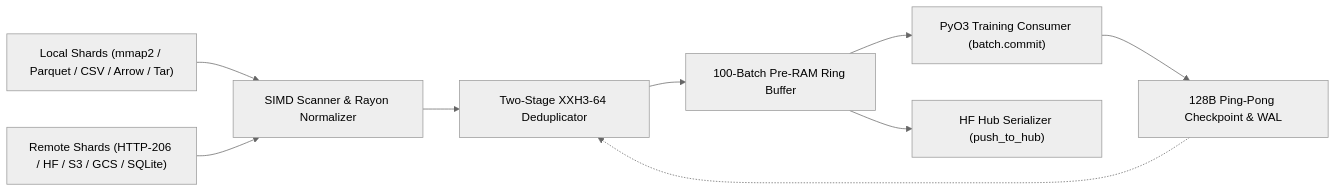
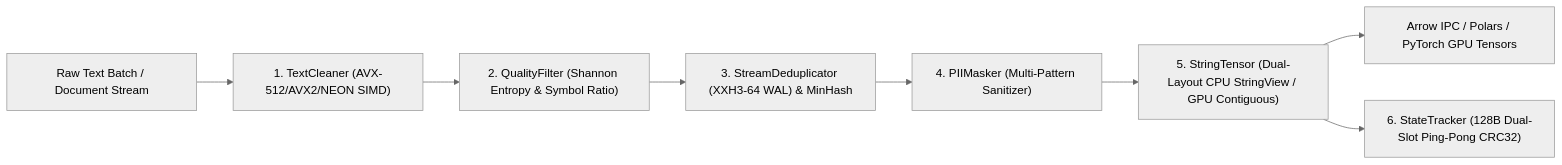
The second of 2 diagrams in docs/en/04_architecture_and_hardware.md (cloverx-id/luminamoon), drawn with Mermaid (neutral theme) before and after one commit. The commit also changed other lines of this file and 18 other files, not shown here.

Commit message:
docs: synchronize documentation and guides with v1.0.2.post2 architecture

````diff
--- a/docs/en/04_architecture_and_hardware.md
+++ b/docs/en/04_architecture_and_hardware.md
@@ -34,11 +34,10 @@
 ```mermaid
 flowchart LR
-    Local["Local Shards (mmap2 / Parquet / CSV / Arrow / Tar)"] --> SIMD["SIMD Scanner & Rayon Normalizer"]
-    Remote["Remote Shards (HTTP-206 / HF / S3 / GCS / SQLite)"] --> SIMD
-    SIMD --> Dedup["Two-Stage XXH3-64 Deduplicator"]
-    Dedup --> PreRam["100-Batch Pre-RAM Ring Buffer"]
-    PreRam --> TrainLoop["PyO3 Training Consumer (batch.commit)"]
-    PreRam --> Hub["HF Hub Serializer (push_to_hub)"]
-    TrainLoop --> Meta["128B Ping-Pong Checkpoint & WAL"]
-    Meta -.-> Dedup
+    Raw["Raw Text Batch / Document Stream"] --> Cleaner["1. TextCleaner (AVX-512/AVX2/NEON SIMD)"]
+    Cleaner --> Quality["2. QualityFilter (Shannon Entropy & Symbol Ratio)"]
+    Quality --> Dedup["3. StreamDeduplicator (XXH3-64 WAL) & MinHash"]
+    Dedup --> Masker["4. PIIMasker (Multi-Pattern Sanitizer)"]
+    Masker --> Tensor["5. StringTensor (Dual-Layout CPU StringView / GPU Contiguous)"]
+    Tensor --> Export["Arrow IPC / Polars / PyTorch GPU Tensors"]
+    Tensor --> Checkpoint["6. StateTracker (128B Dual-Slot Ping-Pong CRC32)"]
 ```
````
